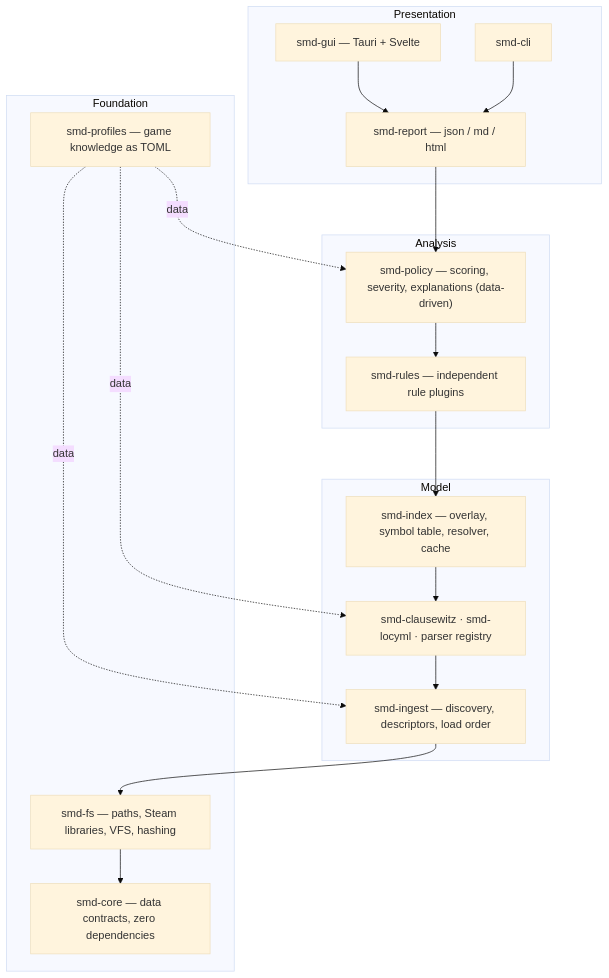
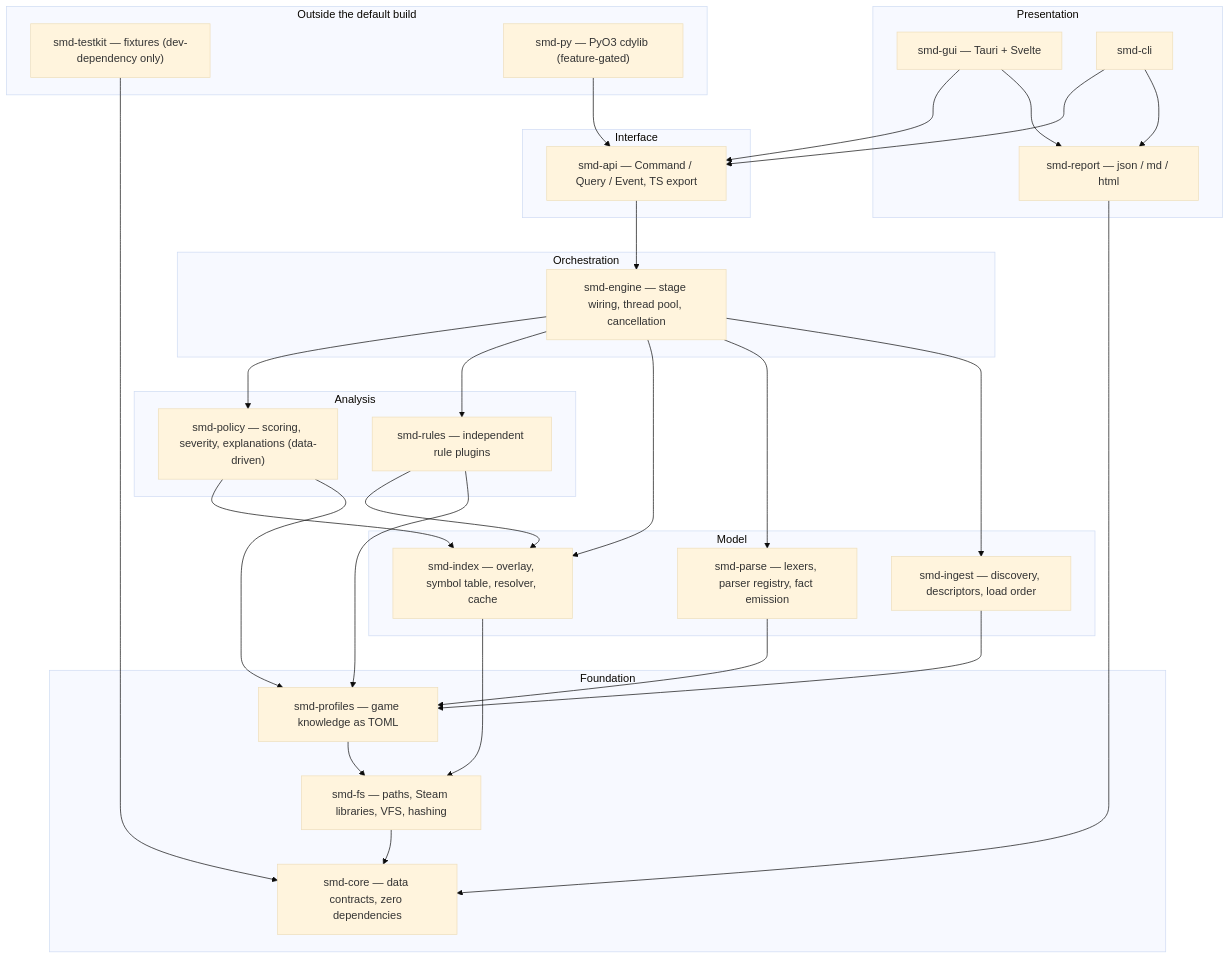
Before and after one commit to BrooklynD23/Mods-Tool-Stellaris: the diagram in docs/architecture/01-overview.md, drawn with Mermaid (base theme). The commit also changed other lines of this file and 13 other files, not shown here.

````diff
--- a/docs/architecture/01-overview.md
+++ b/docs/architecture/01-overview.md
@@ -38,30 +38,55 @@
 ```mermaid
 flowchart TB
     subgraph P["Presentation"]
         GUI["smd-gui — Tauri + Svelte"]
         CLI["smd-cli"]
         RPT["smd-report — json / md / html"]
     end
+    subgraph I["Interface"]
+        API["smd-api — Command / Query / Event, TS export"]
+    end
+    subgraph O["Orchestration"]
+        ENG["smd-engine — stage wiring, thread pool, cancellation"]
+    end
     subgraph A["Analysis"]
         POL["smd-policy — scoring, severity, explanations (data-driven)"]
         RUL["smd-rules — independent rule plugins"]
     end
     subgraph M["Model"]
         IDX["smd-index — overlay, symbol table, resolver, cache"]
-        PAR["smd-clausewitz · smd-locyml · parser registry"]
+        PAR["smd-parse — lexers, parser registry, fact emission"]
         ING["smd-ingest — discovery, descriptors, load order"]
     end
     subgraph F["Foundation"]
         PROF["smd-profiles — game knowledge as TOML"]
         FS["smd-fs — paths, Steam libraries, VFS, hashing"]
         CORE["smd-core — data contracts, zero dependencies"]
     end
+    subgraph X["Outside the default build"]
+        TK["smd-testkit — fixtures (dev-dependency only)"]
+        PY["smd-py — PyO3 cdylib (feature-gated)"]
+    end
 
+    GUI --> API
+    CLI --> API
     GUI --> RPT
     CLI --> RPT
-    RPT --> POL --> RUL --> IDX --> PAR --> ING
-    ING --> FS --> CORE
-    PROF -.data.-> ING
-    PROF -.data.-> PAR
-    PROF -.data.-> POL
+    PY  --> API
+    API --> ENG
+    ENG --> POL
+    ENG --> RUL
+    ENG --> IDX
+    ENG --> PAR
+    ENG --> ING
+    POL --> IDX
+    POL --> PROF
+    RUL --> IDX
+    RUL --> PROF
+    IDX --> FS
+    PAR --> PROF
+    ING --> PROF
+    PROF --> FS
+    FS --> CORE
+    RPT --> CORE
+    TK --> CORE
 ```
````
